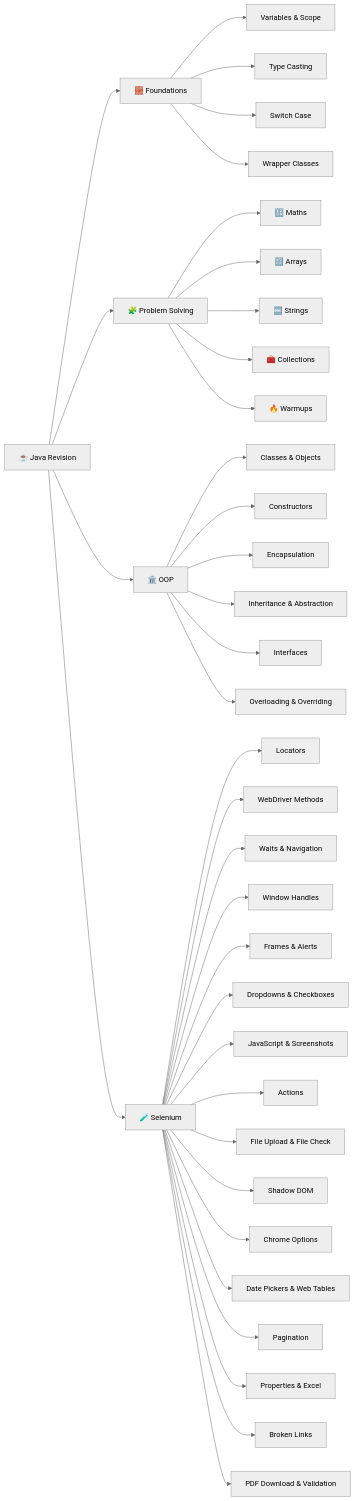
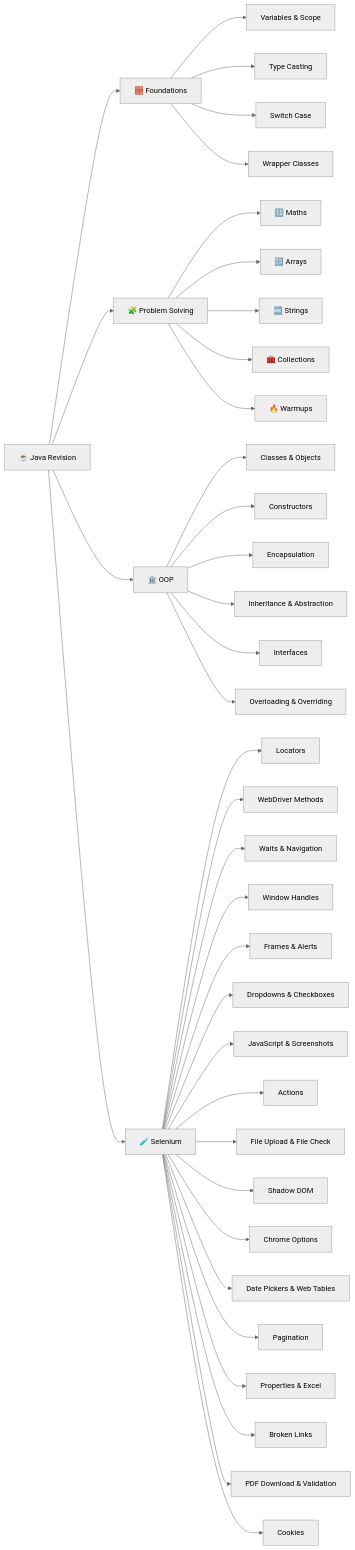
Before and after one commit to Sameer-Programmer/2026_Sep_Java_Rivision: the diagram in Sep_2026_Practice/README.md, drawn with Mermaid (neutral theme). The commit also changed other lines of this file, not shown here.

Commit message:
docs: update README for cookies and PDF validation

````diff
--- a/Sep_2026_Practice/README.md
+++ b/Sep_2026_Practice/README.md
@@ -36,42 +36,43 @@
 ```mermaid
 flowchart LR
     A[☕ Java Revision] --> B[🧱 Foundations]
     A --> C[🧩 Problem Solving]
     A --> D[🏛️ OOP]
     A --> E[🧪 Selenium]
 
     B --> B1[Variables & Scope]
     B --> B2[Type Casting]
     B --> B3[Switch Case]
     B --> B4[Wrapper Classes]
 
     C --> C1[🔢 Maths]
     C --> C2[🔡 Arrays]
     C --> C3[🔤 Strings]
     C --> C4[🧰 Collections]
     C --> C5[🔥 Warmups]
 
     D --> D1[Classes & Objects]
     D --> D2[Constructors]
     D --> D3[Encapsulation]
     D --> D4[Inheritance & Abstraction]
     D --> D5[Interfaces]
     D --> D6[Overloading & Overriding]
 
     E --> E1[Locators]
     E --> E2[WebDriver Methods]
     E --> E3[Waits & Navigation]
     E --> E4[Window Handles]
     E --> E5[Frames & Alerts]
     E --> E6[Dropdowns & Checkboxes]
     E --> E7[JavaScript & Screenshots]
     E --> E8[Actions]
     E --> E9[File Upload & File Check]
     E --> E10[Shadow DOM]
     E --> E11[Chrome Options]
     E --> E12[Date Pickers & Web Tables]
     E --> E13[Pagination]
     E --> E14[Properties & Excel]
     E --> E15[Broken Links]
     E --> E16[PDF Download & Validation]
+    E --> E17[Cookies]
 ```
````
